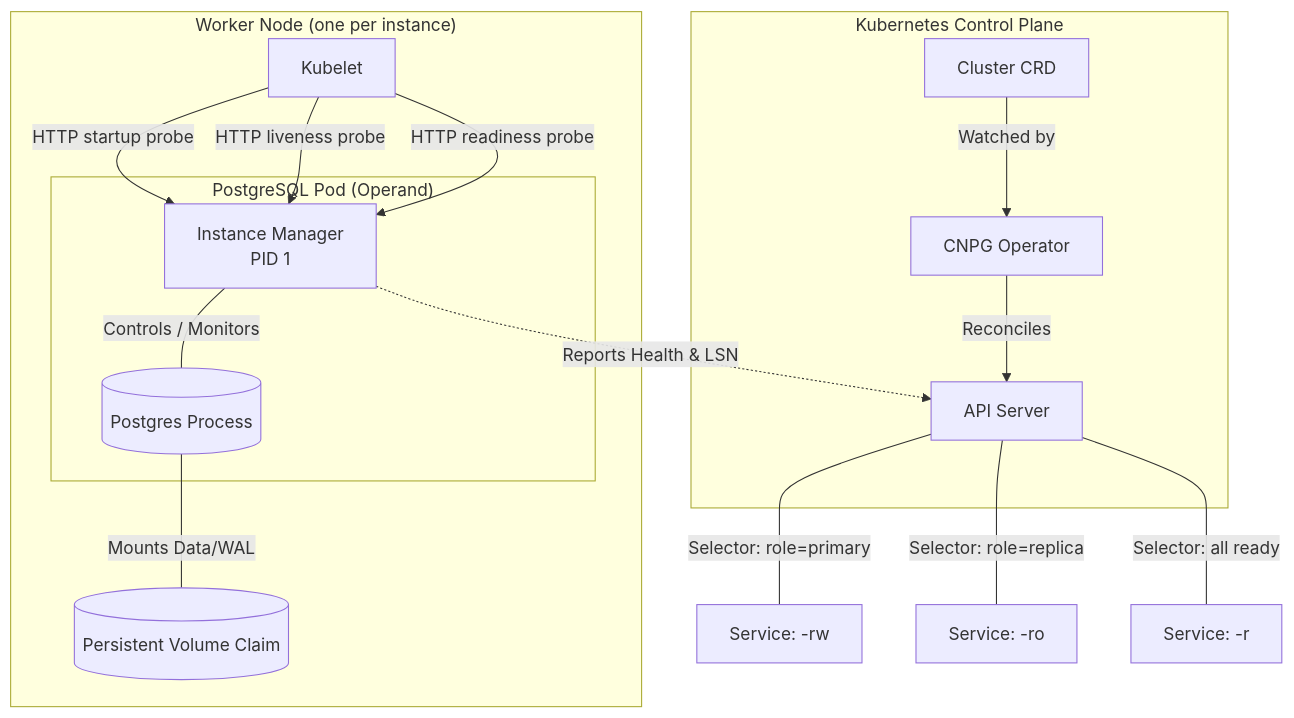
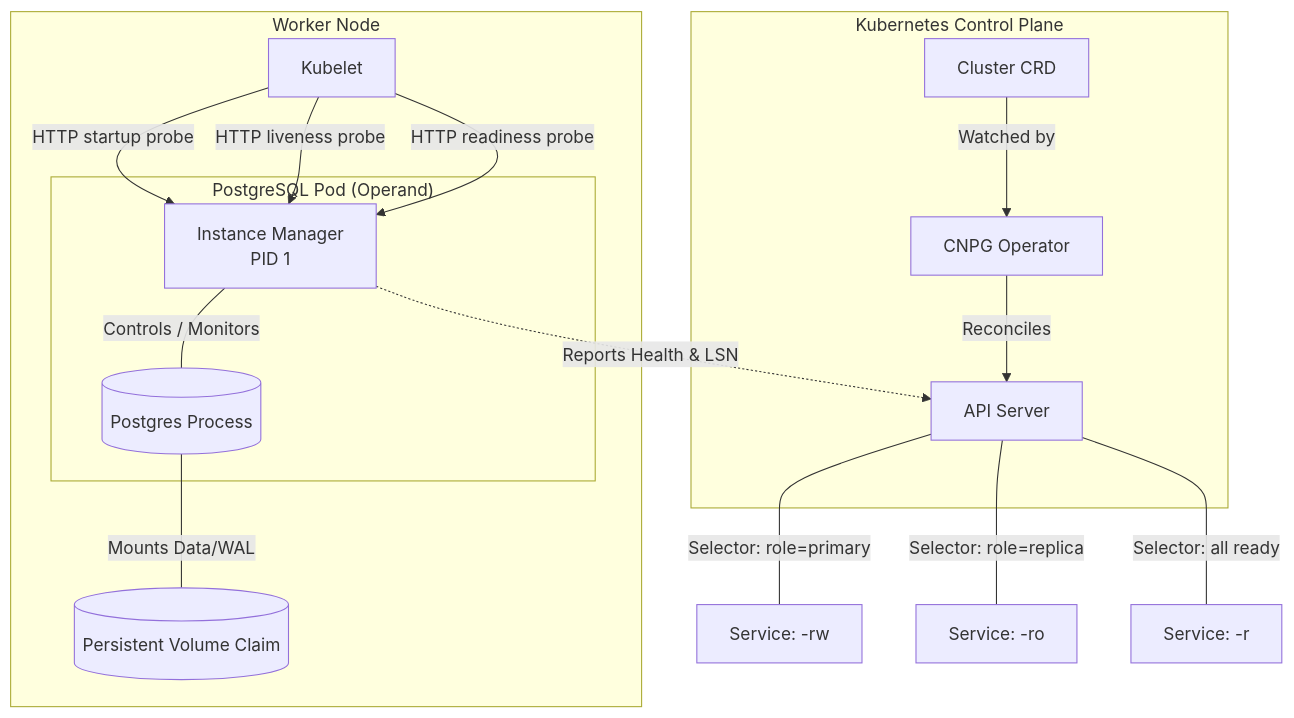
One commit to cloudnative-pg/cloudnative-pg changed the first of 2 diagrams in contribute/technical-architecture.md. Above: the diagram before and after it, drawn with Mermaid.

Commit message:
docs: fix rendering of Node

````diff
--- a/contribute/technical-architecture.md
+++ b/contribute/technical-architecture.md
@@ -41,43 +41,43 @@
 ```mermaid
 graph TD
     subgraph Control_Plane [Kubernetes Control Plane]
         Cluster[Cluster CRD]
         Operator[CNPG Operator]
         K8sAPI[API Server]
     end
 
-    subgraph Node ["Worker Node (one per instance)"]
+    subgraph Node ["Worker Node"]
         Kubelet[Kubelet]
 
         subgraph Pod ["PostgreSQL Pod (Operand)"]
             IM[Instance Manager <br/> PID 1]
             PG[(Postgres Process)]
 
             IM ---|Controls / Monitors| PG
         end
 
         PVC[(Persistent Volume Claim)]
     end
 
     SvcRW[Service: -rw]
     SvcRO[Service: -ro]
     SvcR[Service: -r]
 
     %% Probes
     Kubelet -->|HTTP startup probe| IM
     Kubelet -->|HTTP liveness probe| IM
     Kubelet -->|HTTP readiness probe| IM
 
     %% Logic & Persistence
     Cluster -->|Watched by| Operator
     Operator -->|Reconciles| K8sAPI
     IM -.->|Reports Health & LSN| K8sAPI
 
     PG ---|Mounts Data/WAL| PVC
 
     %% Traffic Routing
     K8sAPI ---|Selector: role=primary| SvcRW
     K8sAPI ---|Selector: role=replica| SvcRO
     K8sAPI ---|Selector: all ready| SvcR
 
 ```
````
